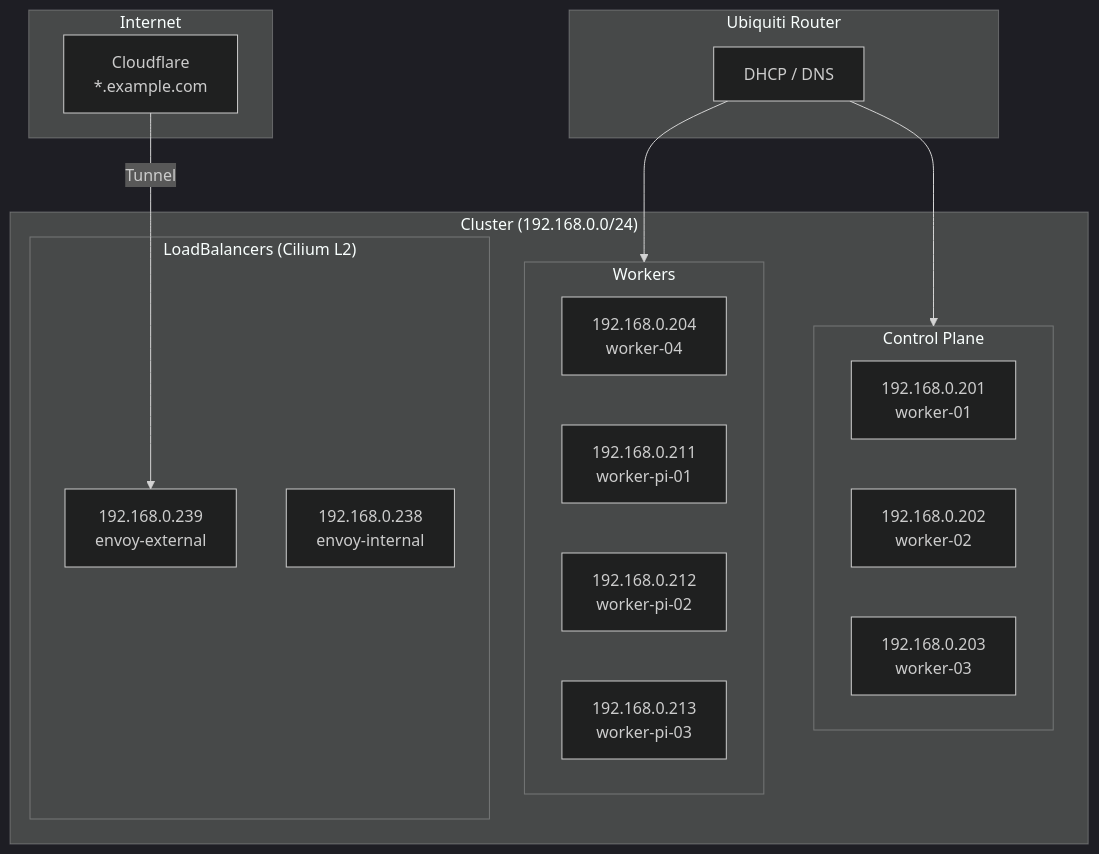
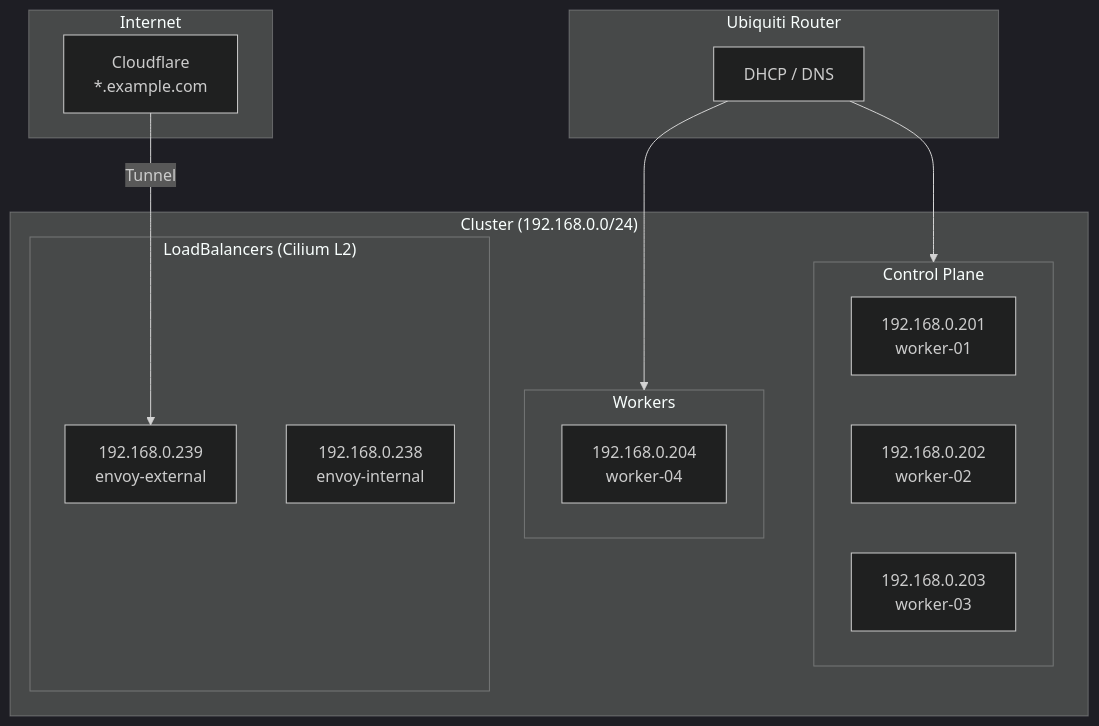
Before and after one commit to swibrow/home-ops: the first of 2 diagrams in docs/reference/ip-allocation.md, drawn with Mermaid (dark theme). The commit also changed other lines of this file and 15 other files, not shown here.

````diff
--- a/docs/reference/ip-allocation.md
+++ b/docs/reference/ip-allocation.md
@@ -43,32 +40,29 @@
 ```mermaid
 flowchart TB
     subgraph Internet
         CF[Cloudflare<br/>*.example.com]
     end
 
     subgraph Router["Ubiquiti Router"]
         DHCP[DHCP / DNS]
     end
 
     subgraph Cluster["Cluster (192.168.0.0/24)"]
         subgraph ControlPlane["Control Plane"]
             CP1[192.168.0.201<br/>worker-01]
             CP2[192.168.0.202<br/>worker-02]
             CP3[192.168.0.203<br/>worker-03]
         end
         subgraph Workers["Workers"]
             W4[192.168.0.204<br/>worker-04]
-            WP1[192.168.0.211<br/>worker-pi-01]
-            WP2[192.168.0.212<br/>worker-pi-02]
-            WP3[192.168.0.213<br/>worker-pi-03]
         end
         subgraph LB["LoadBalancers (Cilium L2)"]
             EE[192.168.0.239<br/>envoy-external]
             EI[192.168.0.238<br/>envoy-internal]
         end
     end
 
     CF -->|Tunnel| EE
     DHCP --> ControlPlane
     DHCP --> Workers
 ```
````
